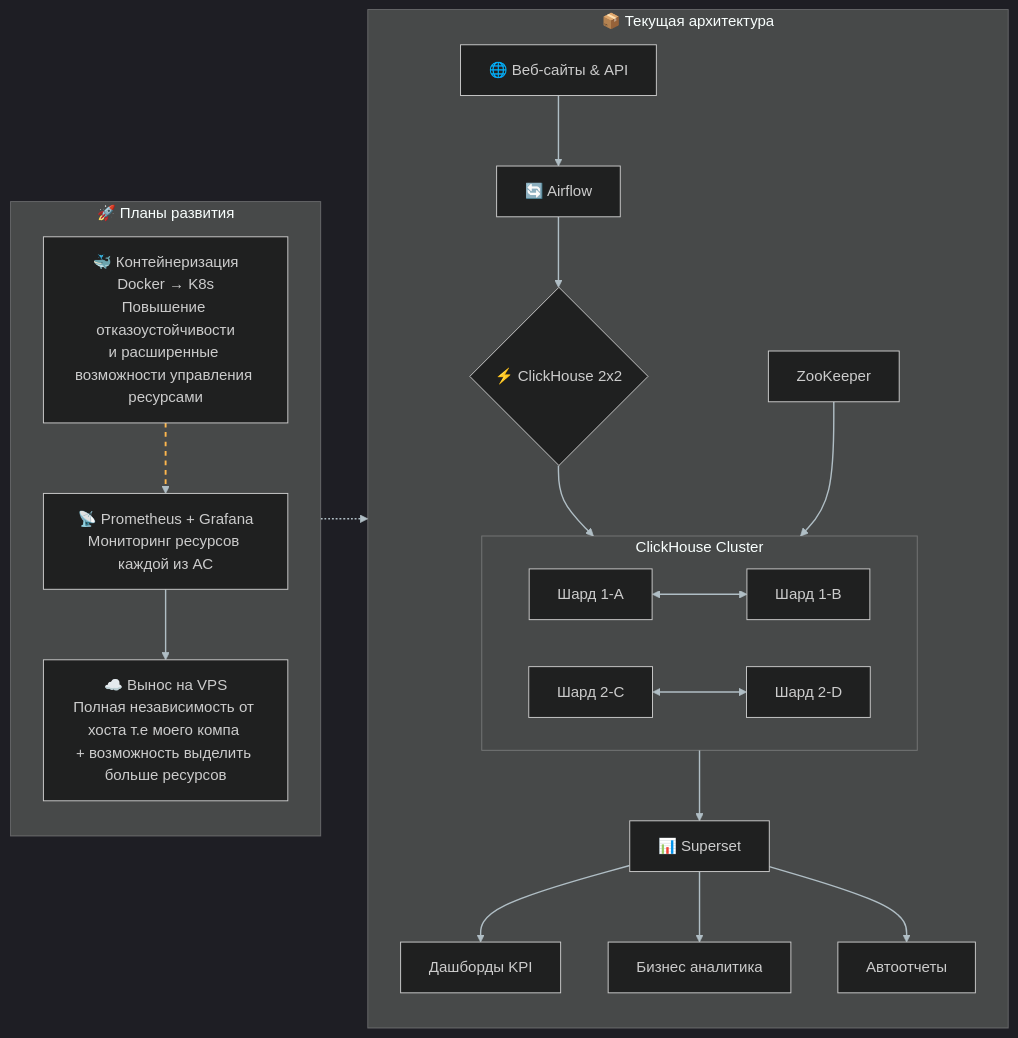
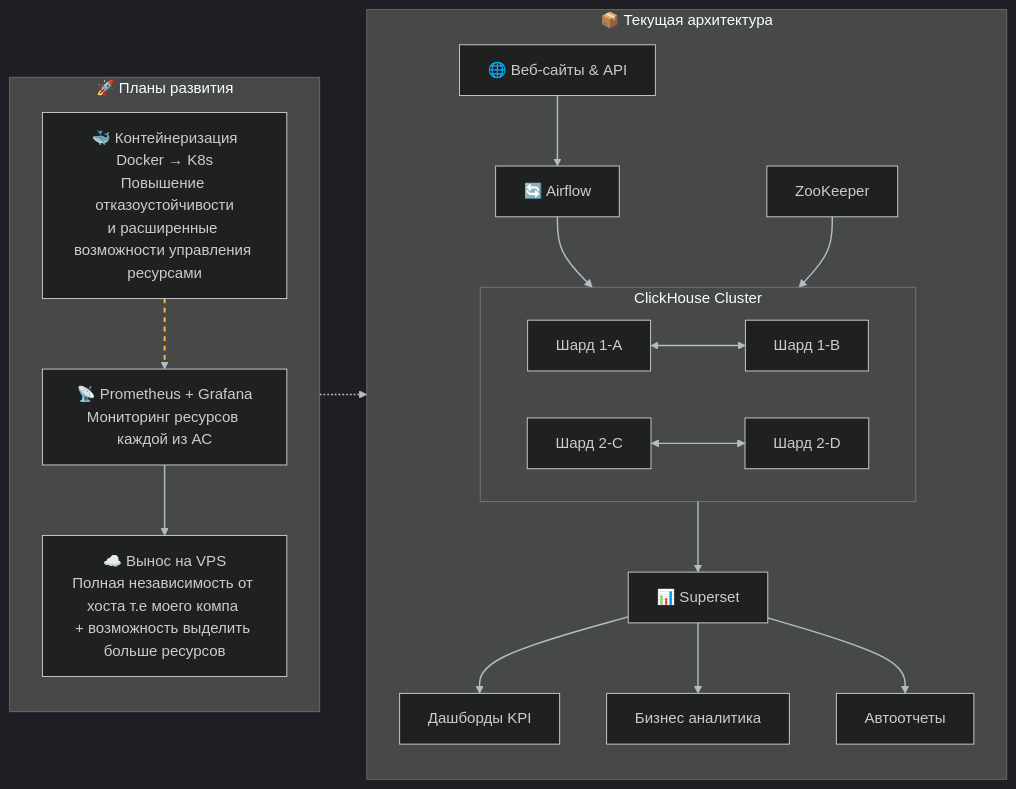
The diagram in README.md (Bikmul/My-Data-WareHouse-architecture), drawn with Mermaid (dark theme) before and after one commit.

````diff
--- a/README.md
+++ b/README.md
@@ -1,39 +1,38 @@
 ```mermaid
 flowchart LR
     %% Блок развития (слева)
     subgraph ROADMAP [🚀 Планы развития]
         direction TB
         H[🐳 Контейнеризация<br/>Docker → K8s<br/>Повышение отказоустойчивости<br/>и расширенные возможности управления ресурсами]
         I[📡 Prometheus + Grafana<br/>Мониторинг ресурсов каждой из АС]
         J[☁️ Вынос на VPS<br/>Полная независимость от хоста т.е моего компа <br/>+ возможность выделить больше ресурсов]
         H --> I --> J
     end
 
     %% Существующая архитектура (справа)
     subgraph CURRENT [📦 Текущая архитектура]
         direction TB
         A[🌐 Веб-сайты & API] --> B[🔄 Airflow]
-        B --> ClickHouse{⚡ ClickHouse 2x2}
+        B--> CHCluster
         
-        subgraph CH [ClickHouse Cluster]
+        subgraph CHCluster [ClickHouse Cluster]
             direction LR
             C1[Шард 1-A] <--> C2[Шард 1-B]
             C3[Шард 2-C] <--> C4[Шард 2-D]
         end
         
-        ClickHouse --> CH
-        CH --> D[📊 Superset]
+        CHCluster --> D[📊 Superset]
         D --> E[Дашборды KPI]
         D --> F[Бизнес аналитика]
         D --> G[Автоотчеты]
         
-        Z[ZooKeeper] --> CH
+        Z[ZooKeeper] --> CHCluster
     end
 
     %% Связи
     ROADMAP -.-> CURRENT
 
     %% Стили
     linkStyle default stroke:#b0bec5,stroke-width:1.5px
     linkStyle 0 stroke:#ffb74d,stroke-width:2px,stroke-dasharray:5
 ```
````
